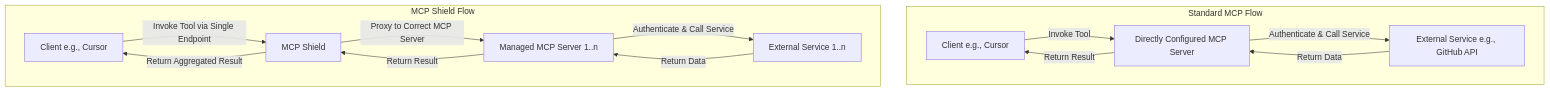
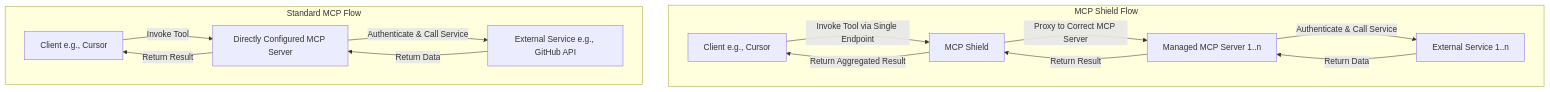
The diagram in docs/mcp-flow-comparison.md (NSXBet/mcpshield), drawn with Mermaid before and after one commit.

Commit message:
workflow docs

````diff
--- a/docs/mcp-flow-comparison.md
+++ b/docs/mcp-flow-comparison.md
@@ -7,27 +7,29 @@
 ```mermaid
 graph TD
-    subgraph "Standard MCP Flow"
-        Client1[Client e.g., Cursor]
-        MCPServer1[Directly Configured MCP Server]
-        Service1[External Service e.g., GitHub API]
-
-        Client1 -- "Invoke Tool" --> MCPServer1
-        MCPServer1 -- "Authenticate & Call Service" --> Service1
-        Service1 -- "Return Data" --> MCPServer1
-        MCPServer1 -- "Return Result" --> Client1
-    end
-
     subgraph "MCP Shield Flow"
         Client2[Client e.g., Cursor]
         MCPShield[MCP Shield]
         ManagedMCPServer[Managed MCP Server 1..n]
         Service2[External Service 1..n]
 
         Client2 -- "Invoke Tool via Single Endpoint" --> MCPShield
         MCPShield -- "Proxy to Correct MCP Server" --> ManagedMCPServer
         ManagedMCPServer -- "Authenticate & Call Service" --> Service2
         Service2 -- "Return Data" --> ManagedMCPServer
         ManagedMCPServer -- "Return Result" --> MCPShield
         MCPShield -- "Return Aggregated Result" --> Client2
     end
+
+    subgraph "Standard MCP Flow"
+        Client1[Client e.g., Cursor]
+        MCPServer1[Directly Configured MCP Server]
+        Service1[External Service e.g., GitHub API]
+
+        Client1 -- "Invoke Tool" --> MCPServer1
+        MCPServer1 -- "Authenticate & Call Service" --> Service1
+        Service1 -- "Return Data" --> MCPServer1
+        MCPServer1 -- "Return Result" --> Client1
+    end
+
+
 ```
````
